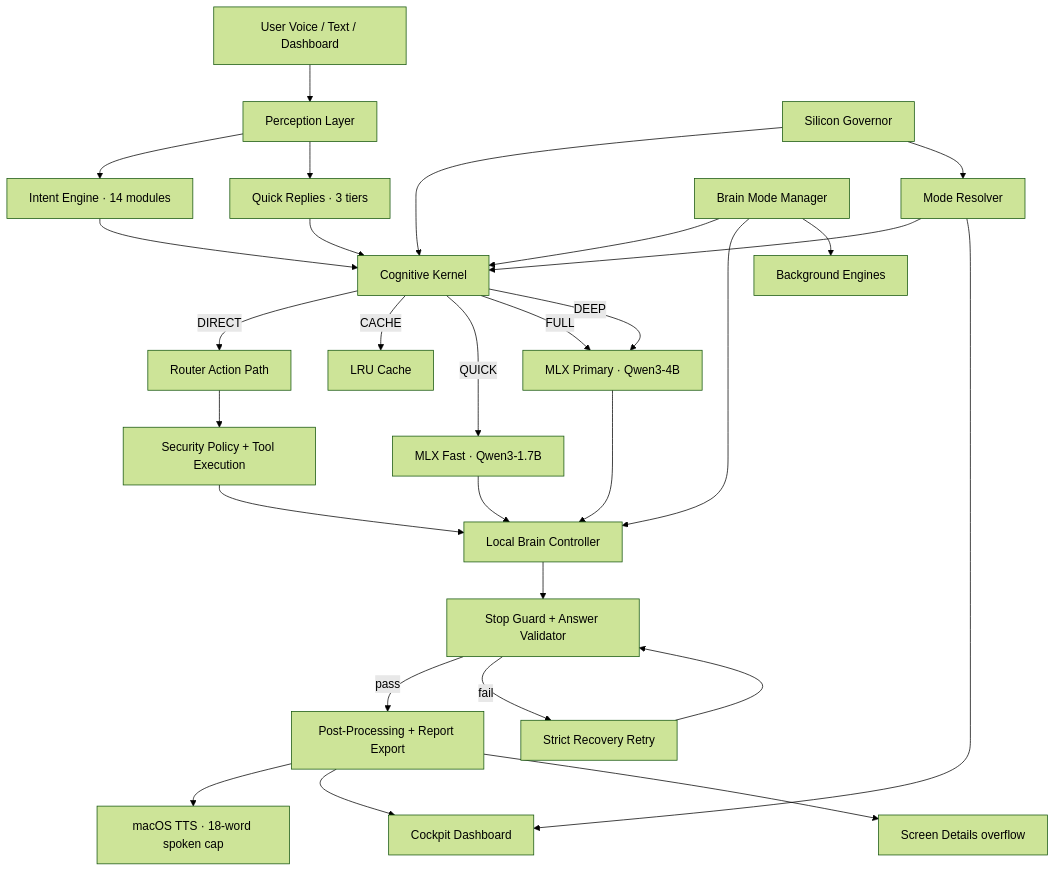
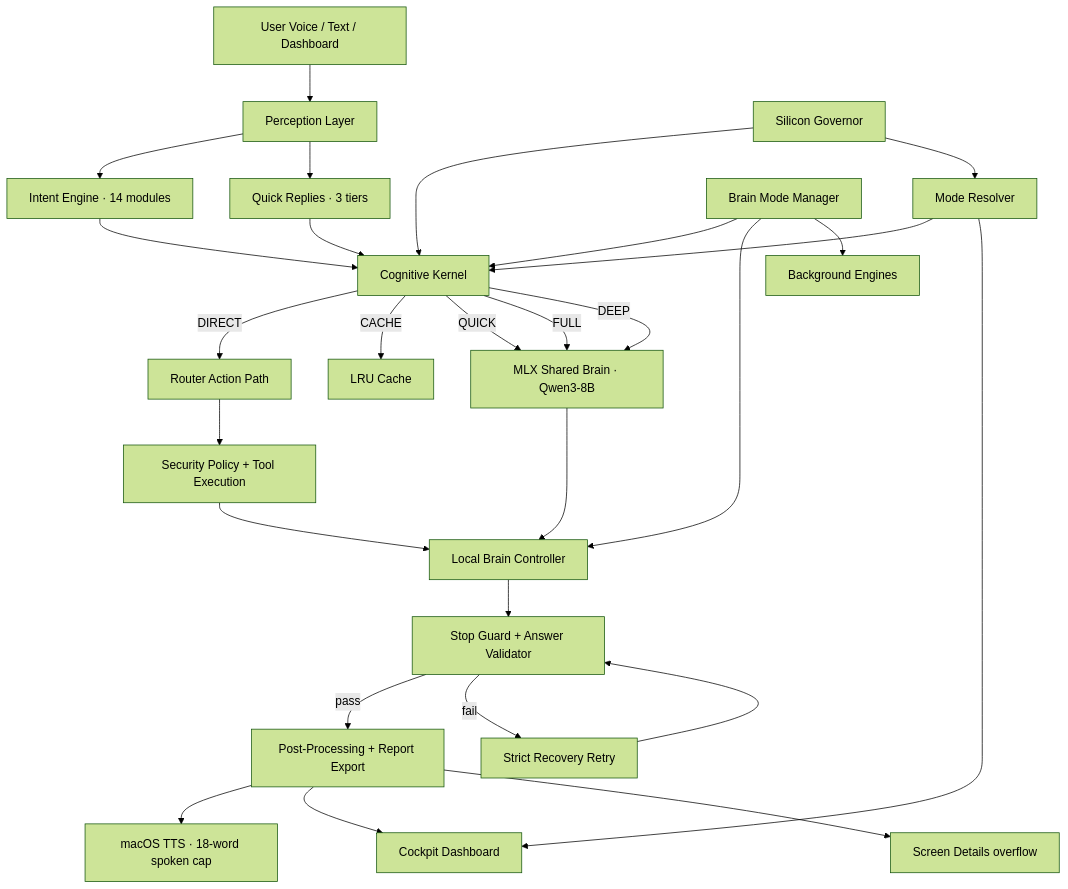
The diagram in docs/ATOM_M5_AIR_HLD_LLD_WHITEPAPER.md (satyam7475/ATOM), drawn with Mermaid (forest theme) before and after one commit. The commit also changed other lines of this file and 37 other files, not shown here.

````diff
--- a/docs/ATOM_M5_AIR_HLD_LLD_WHITEPAPER.md
+++ b/docs/ATOM_M5_AIR_HLD_LLD_WHITEPAPER.md
@@ -86,37 +86,36 @@
 ```mermaid
 flowchart TD
     U[User Voice / Text / Dashboard] --> P[Perception Layer]
     P --> IE[Intent Engine · 14 modules]
     P --> QR[Quick Replies · 3 tiers]
     IE --> CK[Cognitive Kernel]
     QR --> CK
 
     CK -->|DIRECT| RA[Router Action Path]
     CK -->|CACHE| CA[LRU Cache]
-    CK -->|QUICK| MF[MLX Fast · Qwen3-1.7B]
-    CK -->|FULL| MP[MLX Primary · Qwen3-4B]
-    CK -->|DEEP| MP
+    CK -->|QUICK| MLX[MLX Shared Brain · Qwen3-8B]
+    CK -->|FULL| MLX
+    CK -->|DEEP| MLX
 
     RA --> SEC[Security Policy + Tool Execution]
-    MF --> LBC[Local Brain Controller]
-    MP --> LBC
+    MLX --> LBC[Local Brain Controller]
     SEC --> LBC
 
     LBC --> SG[Stop Guard + Answer Validator]
     SG -->|pass| PP[Post-Processing + Report Export]
     SG -->|fail| RR[Strict Recovery Retry]
     RR --> SG
 
     PP --> TTS[macOS TTS · 18-word spoken cap]
     PP --> UI[Cockpit Dashboard]
     PP --> SD[Screen Details overflow]
 
     GOV[Silicon Governor] --> CK
     GOV --> MR[Mode Resolver]
     MR --> CK
     MR --> UI
 
     BMM[Brain Mode Manager] --> CK
     BMM --> LBC
     BMM --> BG[Background Engines]
 ```
````
